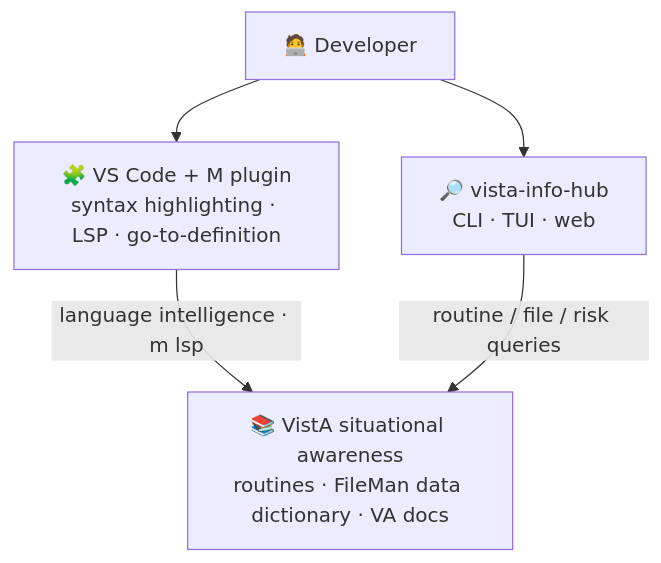
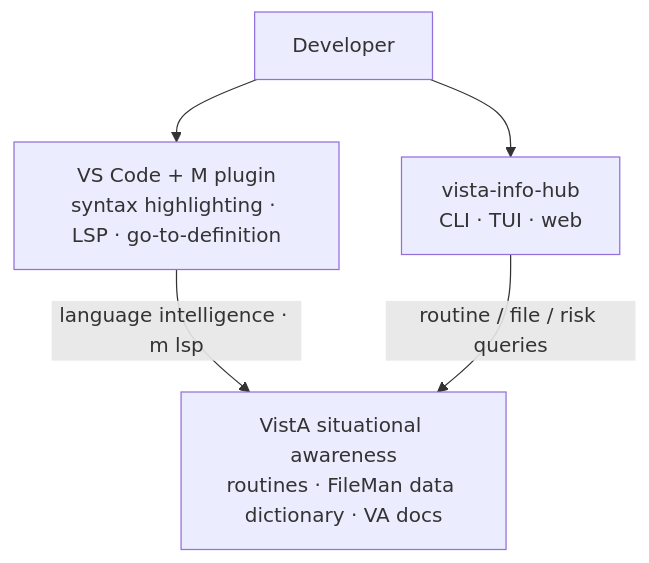
Before and after one commit to vista-cloud-dev/.github: the second of 2 diagrams in profile/README.md, drawn with Mermaid. The commit also changed other lines of this file, not shown here.

Commit message:
docs: drop emoji from architecture diagrams

````diff
--- a/profile/README.md
+++ b/profile/README.md
@@ -119,9 +119,9 @@
 ```mermaid
 flowchart TB
-    user["🧑‍💻 Developer"]
-    user --> vscode["🧩 VS Code + M plugin<br/>syntax highlighting · LSP · go-to-definition"]
-    user --> hub["🔎 vista-info-hub<br/>CLI · TUI · web"]
+    user["Developer"]
+    user --> vscode["VS Code + M plugin<br/>syntax highlighting · LSP · go-to-definition"]
+    user --> hub["vista-info-hub<br/>CLI · TUI · web"]
 
-    vscode -->|"language intelligence · m lsp"| awareness["📚 VistA situational awareness<br/>routines · FileMan data dictionary · VA docs"]
+    vscode -->|"language intelligence · m lsp"| awareness["VistA situational awareness<br/>routines · FileMan data dictionary · VA docs"]
     hub -->|routine / file / risk queries| awareness
 ```
````
